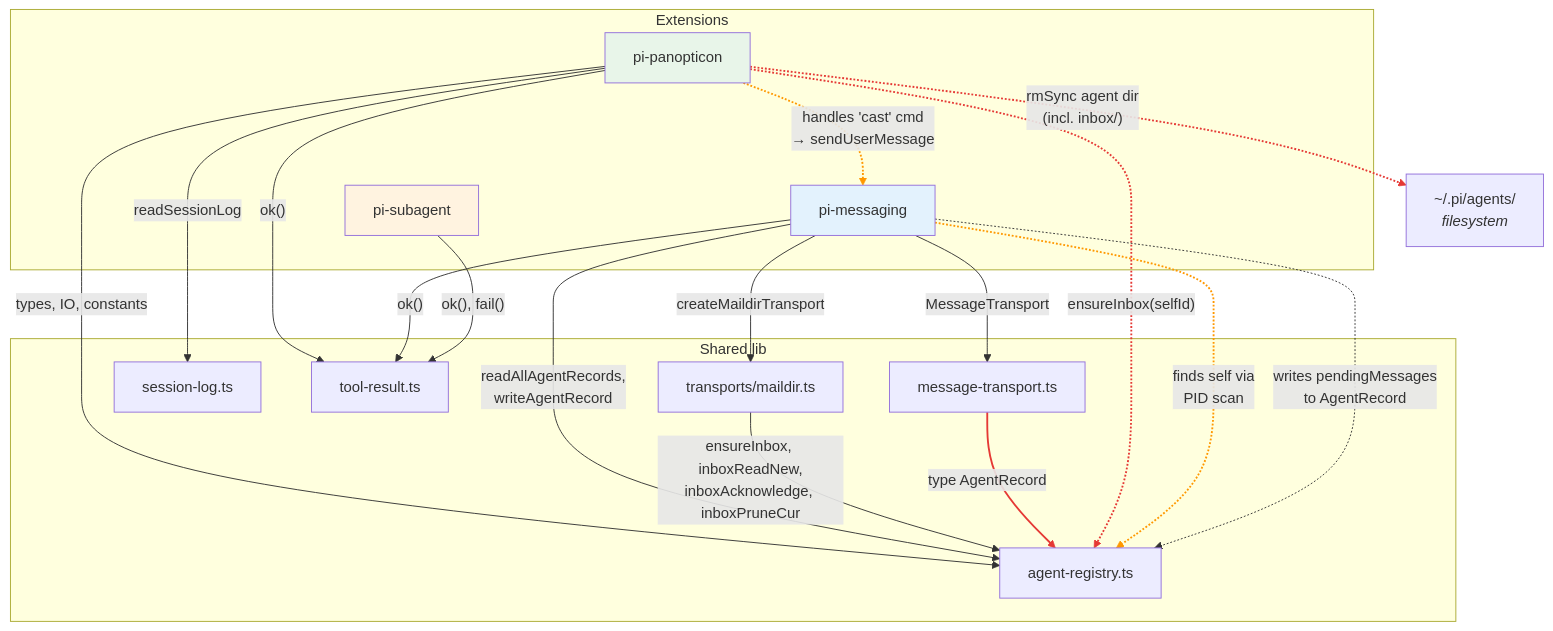
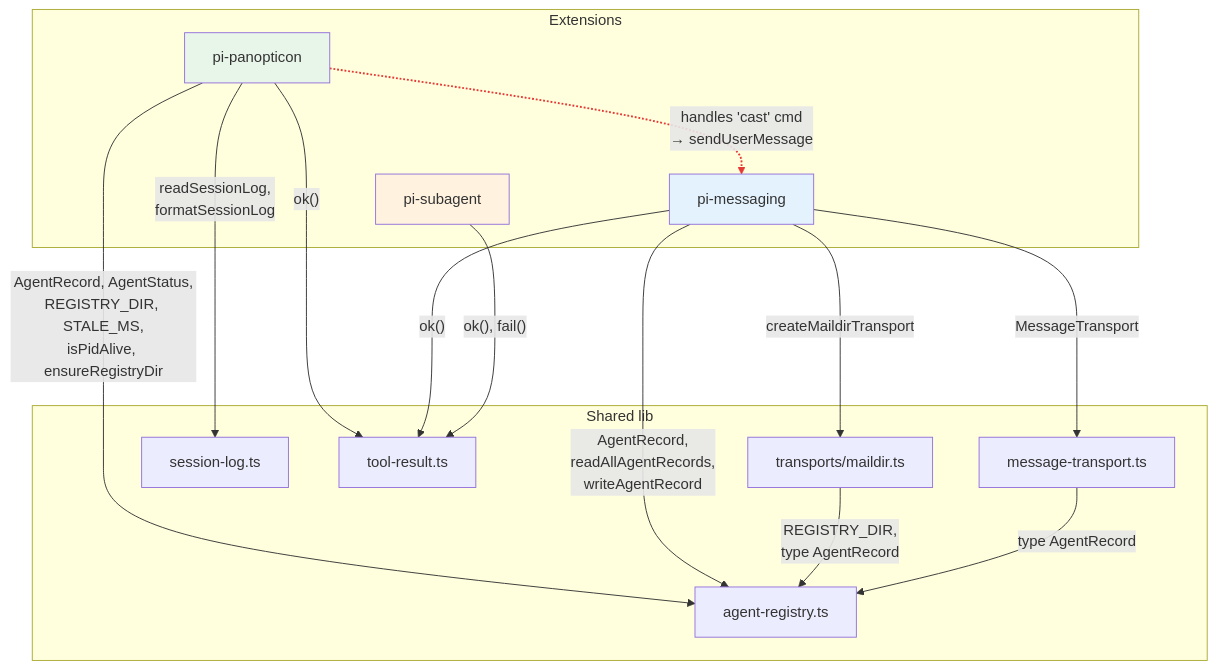
One commit to tS7hKamAYL84j91/pi-tools-and-skills changed the second of 5 diagrams in docs/ARCHITECTURE-REVIEW.md. Above: the diagram before and after it, drawn with Mermaid. The commit also changed other lines of this file and 7 other files, not shown here.

````diff
--- a/docs/ARCHITECTURE-REVIEW.md
+++ b/docs/ARCHITECTURE-REVIEW.md
@@ -54,47 +58,35 @@
 ```mermaid
 graph TB
     subgraph "Extensions"
         PAN["pi-panopticon"]
         MSG["pi-messaging"]
         SUB["pi-subagent"]
     end
 
     subgraph "Shared lib"
         AR["agent-registry.ts"]
         MT["message-transport.ts"]
         SL["session-log.ts"]
         TR["tool-result.ts"]
         MD["transports/maildir.ts"]
     end
 
-    FS["~/.pi/agents/ <br/><i>filesystem</i>"]
-
-    PAN -->|"types, IO, constants"| AR
-    PAN -->|"readSessionLog"| SL
+    PAN -->|"AgentRecord, AgentStatus,<br/>REGISTRY_DIR, STALE_MS,<br/>isPidAlive, ensureRegistryDir"| AR
+    PAN -->|"readSessionLog,<br/>formatSessionLog"| SL
     PAN -->|"ok()"| TR
-    MSG -->|"readAllAgentRecords,<br/>writeAgentRecord"| AR
+    MSG -->|"AgentRecord,<br/>readAllAgentRecords,<br/>writeAgentRecord"| AR
     MSG -->|"MessageTransport"| MT
     MSG -->|"ok()"| TR
     MSG -->|"createMaildirTransport"| MD
     SUB -->|"ok(), fail()"| TR
-
-    MD -->|"ensureInbox, inboxReadNew,<br/>inboxAcknowledge, inboxPruneCur"| AR
+    MD -->|"REGISTRY_DIR,<br/>type AgentRecord"| AR
     MT -->|"type AgentRecord"| AR
 
-    PAN -.->|"ensureInbox(selfId)"| AR
-    PAN -.->|"rmSync agent dir<br/>(incl. inbox/)"| FS
     PAN -.->|"handles 'cast' cmd<br/>→ sendUserMessage"| MSG
-
-    MSG -.->|"finds self via<br/>PID scan"| AR
-    MSG -.->|"writes pendingMessages<br/>to AgentRecord"| AR
 
     style PAN fill:#e8f5e9
     style MSG fill:#e3f2fd
     style SUB fill:#fff3e0
 
-    linkStyle 9 stroke:#e53935,stroke-width:2
     linkStyle 10 stroke:#e53935,stroke-width:2
-    linkStyle 11 stroke:#e53935,stroke-width:2
-    linkStyle 12 stroke:#ff9800,stroke-width:2
-    linkStyle 13 stroke:#ff9800,stroke-width:2
 ```
````
